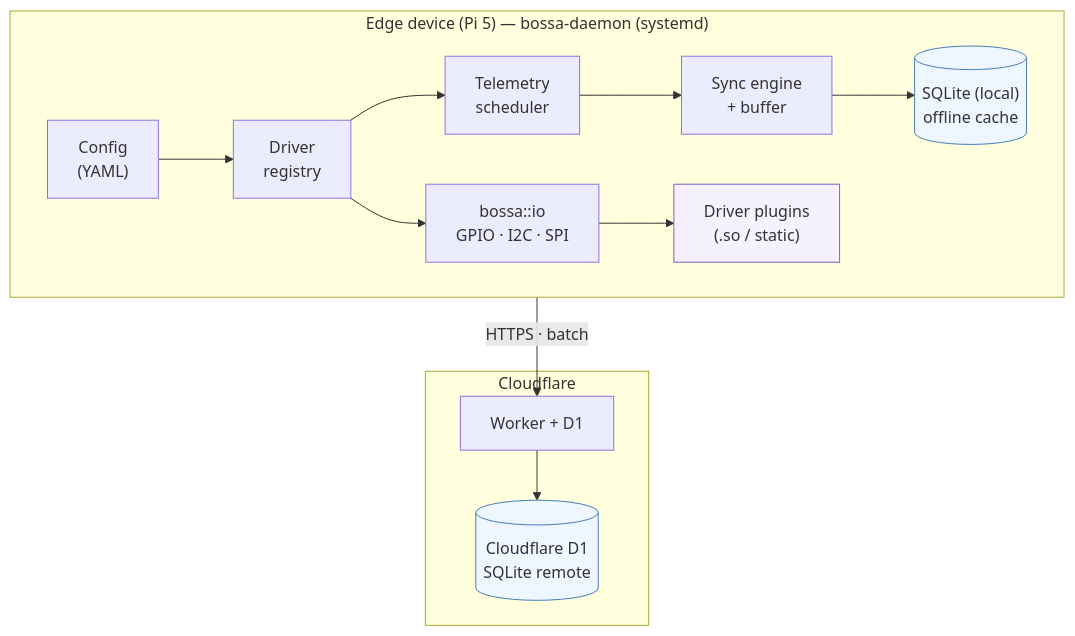
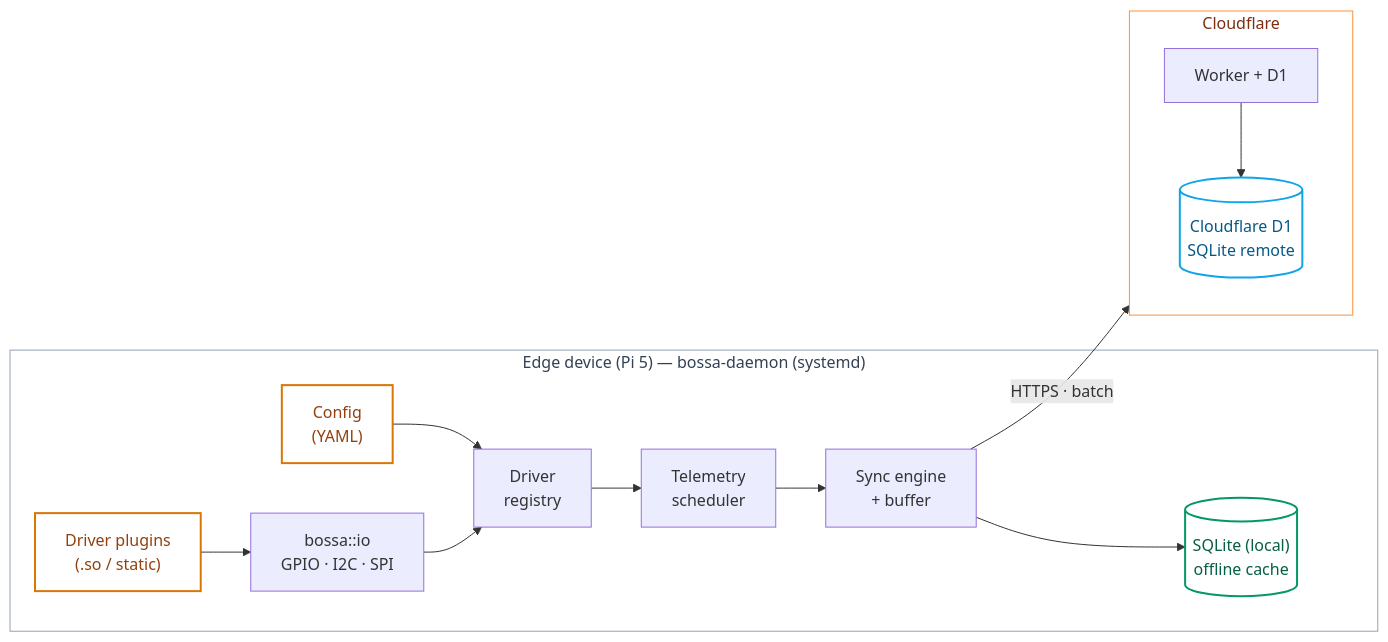
The first of 2 diagrams in README.md (alexandrelheinen/bossa), drawn with Mermaid before and after one commit.

````diff
--- a/README.md
+++ b/README.md
@@ -32,32 +32,38 @@
 ```mermaid
-flowchart TD
+flowchart LR
     subgraph EDGE["Edge device (Pi 5) — bossa-daemon (systemd)"]
-        direction LR
         CFG["Config<br/>(YAML)"]
         REG["Driver<br/>registry"]
         SCHED["Telemetry<br/>scheduler"]
         SYNC["Sync engine<br/>+ buffer"]
 
         CFG --> REG --> SCHED --> SYNC
 
+        PLUG["Driver plugins<br/>(.so / static)"]
         IO["bossa::io<br/>GPIO · I2C · SPI"]
-        PLUG["Driver plugins<br/>(.so / static)"]
-        REG --> IO --> PLUG
+        PLUG --> IO --> REG
 
         SQLITE[("SQLite (local)<br/>offline cache")]
         SYNC --> SQLITE
     end
 
     subgraph CF["Cloudflare"]
+        direction TB
         WORKER["Worker + D1"]
         D1[("Cloudflare D1<br/>SQLite remote")]
         WORKER --> D1
     end
 
-    SQLITE -- "HTTPS · batch" --> WORKER
+    SYNC -- "HTTPS · batch" --> WORKER
 
-    classDef store fill:#eef6ff,stroke:#4a7fb5,stroke-width:1px;
-    classDef plugin fill:#f6f1ff,stroke:#7b61c9,stroke-width:1px;
-    class SQLITE,D1 store;
-    class PLUG plugin;
+    classDef input  fill:transparent,stroke:#d97706,stroke-width:2px,color:#92400e
+    classDef db     fill:transparent,stroke:#059669,stroke-width:2px,color:#065f46
+    classDef dbcloud fill:transparent,stroke:#0ea5e9,stroke-width:2px,color:#075985
+
+    class CFG,PLUG input
+    class SQLITE db
+    class D1 dbcloud
+
+    style EDGE fill:transparent,stroke:#94a3b8,color:#334155
+    style CF   fill:transparent,stroke:#fb923c,color:#7c2d12
 ```
````
